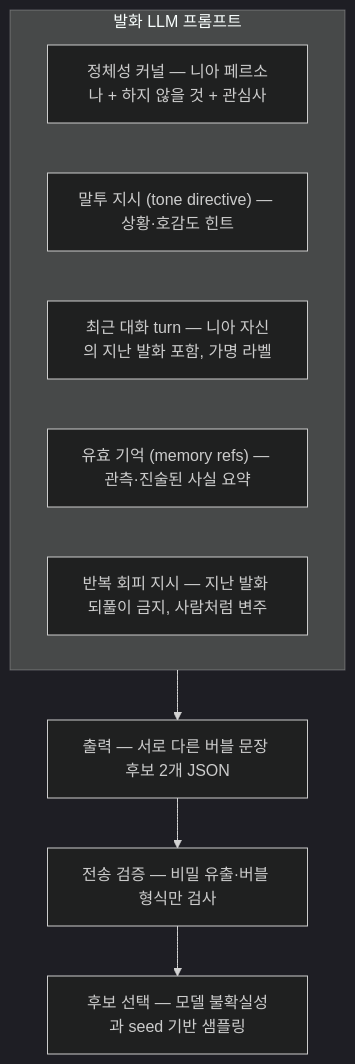
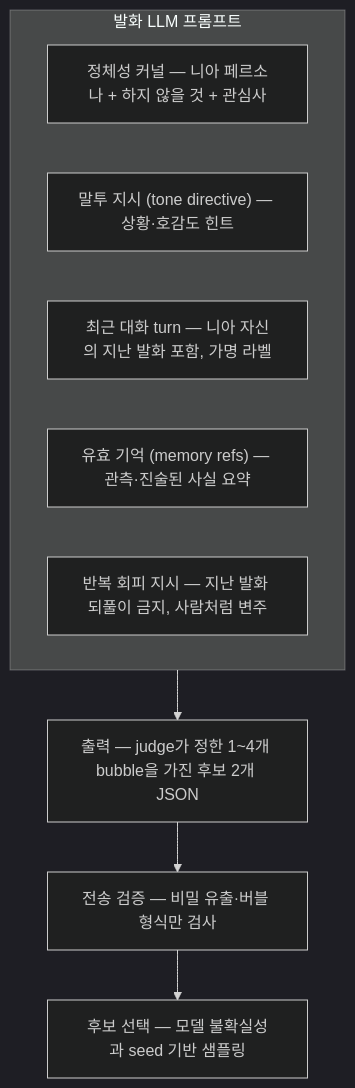
The third of 5 diagrams in docs/nexa/NIA_PIPELINE.md (Hyeonjun0527/discord-ai-network-bot), drawn with Mermaid (dark theme) before and after one commit. The commit also changed other lines of this file and 26 other files, not shown here.

````diff
--- a/docs/nexa/NIA_PIPELINE.md
+++ b/docs/nexa/NIA_PIPELINE.md
@@ -60,13 +62,13 @@
 ```mermaid
 flowchart TD
     subgraph SIN["발화 LLM 프롬프트"]
         P["정체성 커널 — 니아 페르소나 + 하지 않을 것 + 관심사"]
         T["말투 지시 (tone directive) — 상황·호감도 힌트"]
         Q["최근 대화 turn — 니아 자신의 지난 발화 포함, 가명 라벨"]
         R2["유효 기억 (memory refs) — 관측·진술된 사실 요약"]
         RULE["반복 회피 지시 — 지난 발화 되풀이 금지, 사람처럼 변주"]
     end
-    SIN --> GEN["출력 — 서로 다른 버블 문장 후보 2개 JSON"]
+    SIN --> GEN["출력 — judge가 정한 1~4개 bubble을 가진 후보 2개 JSON"]
     GEN --> CHECK["전송 검증 — 비밀 유출·버블 형식만 검사"]
     CHECK --> PICK["후보 선택 — 모델 불확실성과 seed 기반 샘플링"]
 ```
````
